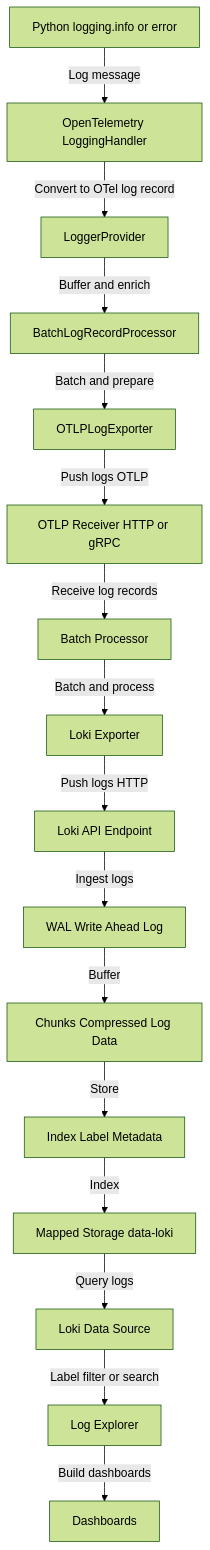
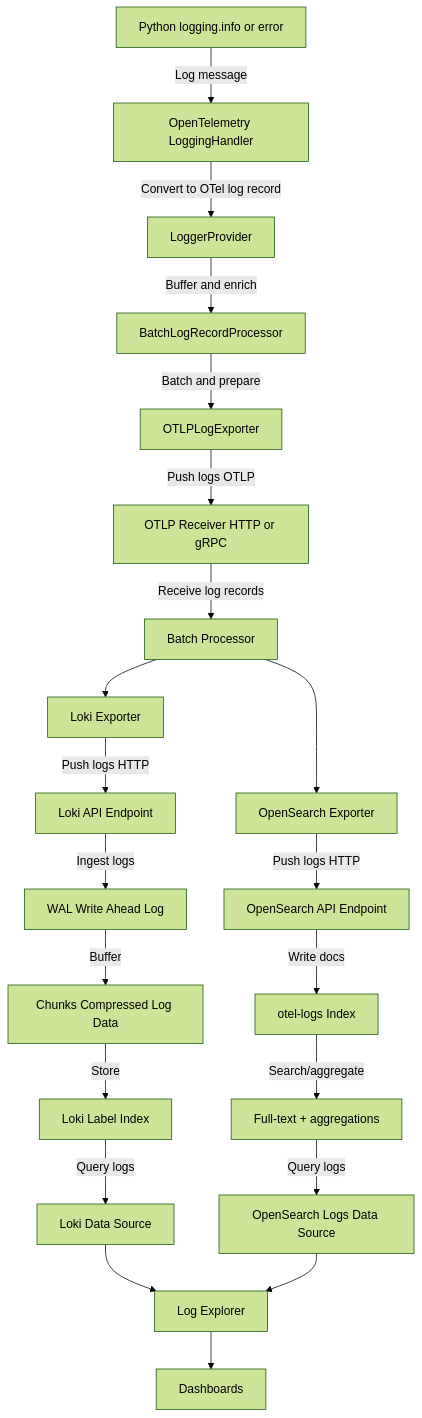
One commit to vyavasthita/oaas changed the second of 2 diagrams in observability/docs/logs.md. Above: the diagram before and after it, drawn with Mermaid (forest theme). The commit also changed other lines of this file and 11 other files, not shown here.

````diff
--- a/observability/docs/logs.md
+++ b/observability/docs/logs.md
@@ -136,35 +132,44 @@
 ```mermaid
 flowchart TD
   A1[Python logging.info or error]
   A2[OpenTelemetry LoggingHandler]
   A3[LoggerProvider]
   A4[BatchLogRecordProcessor]
   A5[OTLPLogExporter]
   B1[OTLP Receiver HTTP or gRPC]
   B2[Batch Processor]
   B3[Loki Exporter]
+  B4[OpenSearch Exporter]
   C1[Loki API Endpoint]
   C2[WAL Write Ahead Log]
   C3[Chunks Compressed Log Data]
-  C4[Index Label Metadata]
-  C5[Mapped Storage data-loki]
+  C4[Loki Label Index]
+  E1[OpenSearch API Endpoint]
+  E2[otel-logs Index]
+  E3[Full-text + aggregations]
   D1[Loki Data Source]
+  D4[OpenSearch Logs Data Source]
   D2[Log Explorer]
   D3[Dashboards]
 
   A1 -->|Log message| A2
   A2 -->|Convert to OTel log record| A3
   A3 -->|Buffer and enrich| A4
   A4 -->|Batch and prepare| A5
   A5 -->|Push logs OTLP| B1
   B1 -->|Receive log records| B2
-  B2 -->|Batch and process| B3
+  B2 --> B3
+  B2 --> B4
   B3 -->|Push logs HTTP| C1
   C1 -->|Ingest logs| C2
   C2 -->|Buffer| C3
   C3 -->|Store| C4
-  C4 -->|Index| C5
-  C5 -->|Query logs| D1
-  D1 -->|Label filter or search| D2
-  D2 -->|Build dashboards| D3
+  B4 -->|Push logs HTTP| E1
+  E1 -->|Write docs| E2
+  E2 -->|Search/aggregate| E3
+  C4 -->|Query logs| D1
+  E3 -->|Query logs| D4
+  D1 --> D2
+  D4 --> D2
+  D2 --> D3
 ```
````
